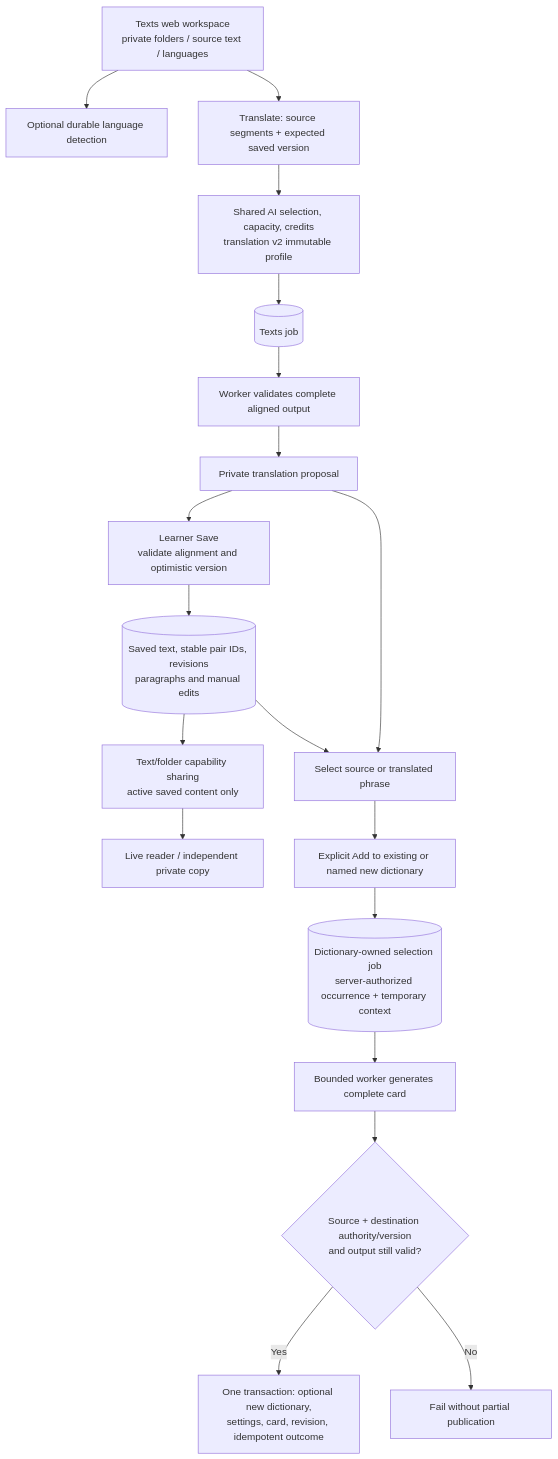
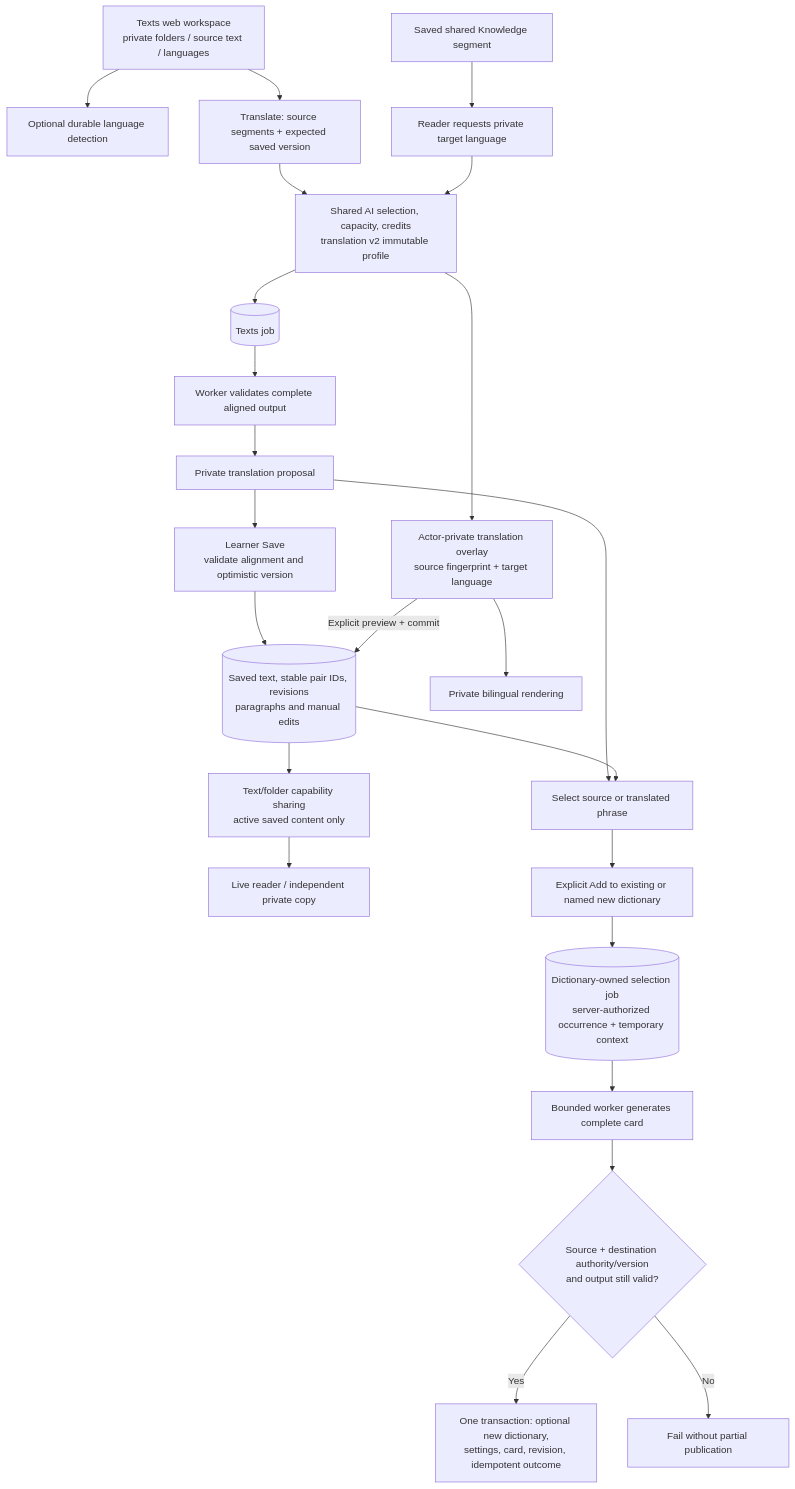
Before and after one commit to nickotov/languon-platform: the diagram in docs/diagrams/texts-and-vocabulary.md, drawn with Mermaid. The commit also changed other lines of this file and 2857 other files, not shown here.

````diff
--- a/docs/diagrams/texts-and-vocabulary.md
+++ b/docs/diagrams/texts-and-vocabulary.md
@@ -31,25 +39,30 @@
 ```mermaid
 flowchart TB
     Editor["Texts web workspace
 private folders / source text / languages"] --> Detect["Optional durable language detection"]
     Editor --> Translate["Translate: source segments + expected saved version"]
     Translate --> Admission["Shared AI selection, capacity, credits
 translation v2 immutable profile"] --> Job[("Texts job")]
     Job --> Worker["Worker validates complete aligned output"] --> Draft["Private translation proposal"]
     Draft --> Save["Learner Save
 validate alignment and optimistic version"] --> Text[("Saved text, stable pair IDs, revisions
 paragraphs and manual edits")]
     Text --> Share["Text/folder capability sharing
 active saved content only"] --> Reader["Live reader / independent private copy"]
     Draft --> Selection["Select source or translated phrase"]
     Text --> Selection
     Selection --> Add["Explicit Add to existing or named new dictionary"]
     Add --> CardJob[("Dictionary-owned selection job
 server-authorized occurrence + temporary context")]
     CardJob --> Generate["Bounded worker generates complete card"]
     Generate --> Check{"Source + destination authority/version
 and output still valid?"}
     Check -->|"Yes"| Publish["One transaction: optional new dictionary,
 settings, card, revision, idempotent outcome"]
     Check -->|"No"| Fail["Fail without partial publication"]
+    SharedNote["Saved shared Knowledge segment"] --> PrivateRequest["Reader requests private target language"]
+    PrivateRequest --> Admission
+    Admission --> PrivateOverlay["Actor-private translation overlay\nsource fingerprint + target language"]
+    PrivateOverlay --> PrivateRead["Private bilingual rendering"]
+    PrivateOverlay -->|"Explicit preview + commit"| Text
 ```
````
